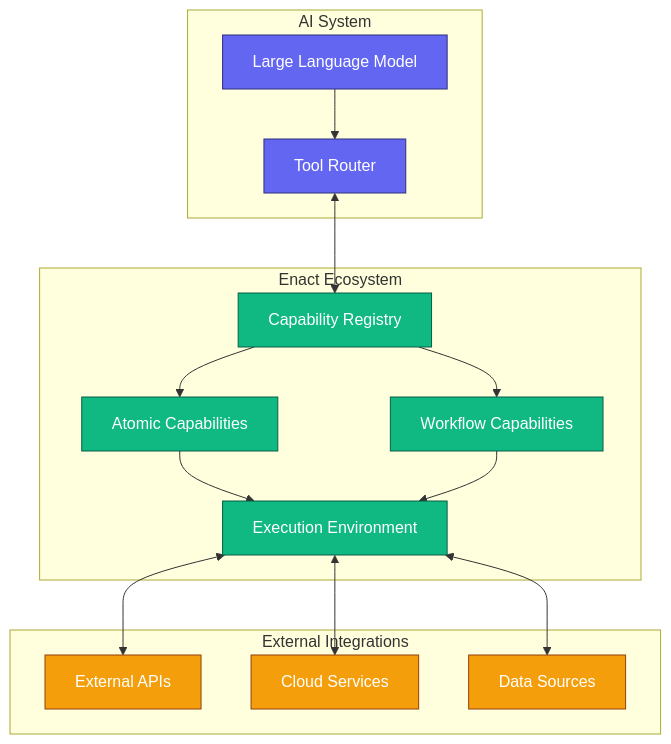
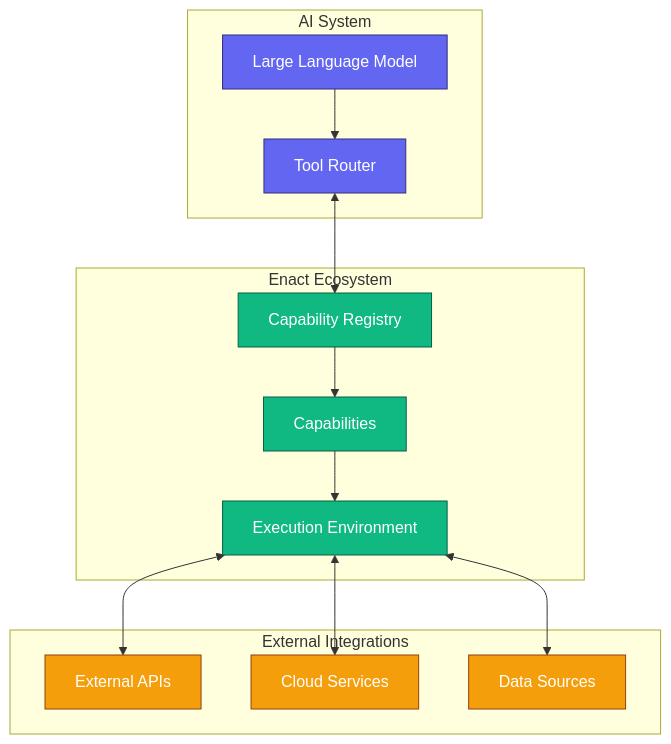
Before and after one commit to EnactProtocol/encat-spec-and-tools: the diagram in README.md, drawn with Mermaid. The commit also changed 1 other file, not shown here.

Commit message:
add data

````diff
--- a/README.md
+++ b/README.md
@@ -29,40 +29,37 @@
 ```mermaid
 flowchart TB
     subgraph "AI System"
         LLM[Large Language Model]
         ToolRouter[Tool Router]
     end
     
     subgraph "Enact Ecosystem"
         Registry[Capability Registry]
-        AtomicCap[Atomic Capabilities]
-        WorkflowCap[Workflow Capabilities]
+        Capabilities[Capabilities]
         ExecEnv[Execution Environment]
     end
     
     LLM --> ToolRouter
     ToolRouter <--> Registry
     
-    Registry --> AtomicCap
-    Registry --> WorkflowCap
-    AtomicCap --> ExecEnv
-    WorkflowCap --> ExecEnv
+    Registry --> Capabilities
+    Capabilities --> ExecEnv
     
     subgraph "External Integrations"
         APIs[External APIs]
         Services[Cloud Services]
         Data[Data Sources]
     end
     
     ExecEnv <--> APIs
     ExecEnv <--> Services
     ExecEnv <--> Data
     
     classDef ai fill:#6366F1,stroke:#312E81,stroke-width:1px,color:white
     classDef enact fill:#10B981,stroke:#065F46,stroke-width:1px,color:white
     classDef external fill:#F59E0B,stroke:#92400E,stroke-width:1px,color:white
     
     class LLM,ToolRouter ai
-    class Registry,AtomicCap,WorkflowCap,ExecEnv enact
+    class Registry,Capabilities,ExecEnv enact
     class APIs,Services,Data external
 ```
````
